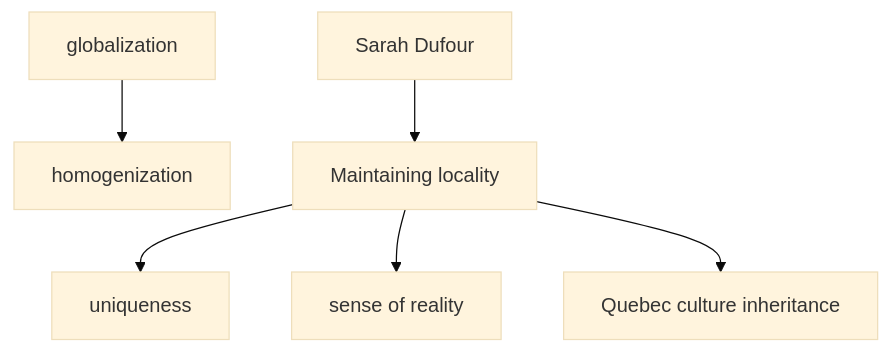
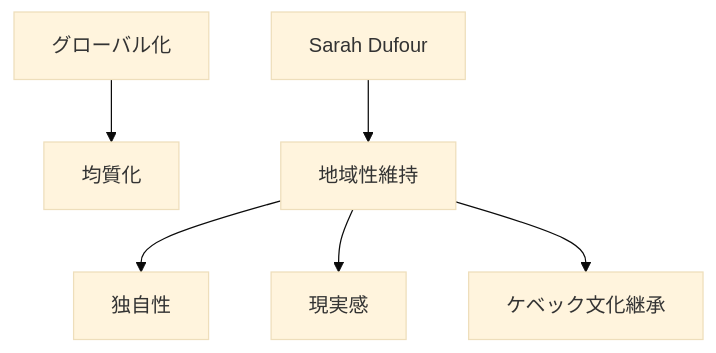
The ninth of 9 diagrams in en/_posts/2026-05-09-column-sarah-dufour.md (monumental-movement/monumental-movement.github.io), drawn with Mermaid (base theme) before and after one commit. The commit also changed other lines of this file and 2196 other files, not shown here.

```diff
--- a/en/_posts/2026-05-09-column-sarah-dufour.md
+++ b/en/_posts/2026-05-09-column-sarah-dufour.md
@@ -353,9 +353,9 @@
 <div class="mermaid">
 graph TD
-A[globalization] --> B[homogenization]
-C[Sarah Dufour] --> D[Maintaining locality]
+A[グローバル化] --> B[均質化]
+C[Sarah Dufour] --> D[地域性維持]
 
-D --> E[uniqueness]
-D --> F[sense of reality]
-D --> G[Quebec culture inheritance]
+D --> E[独自性]
+D --> F[現実感]
+D --> G[ケベック文化継承]
 </div>
```
